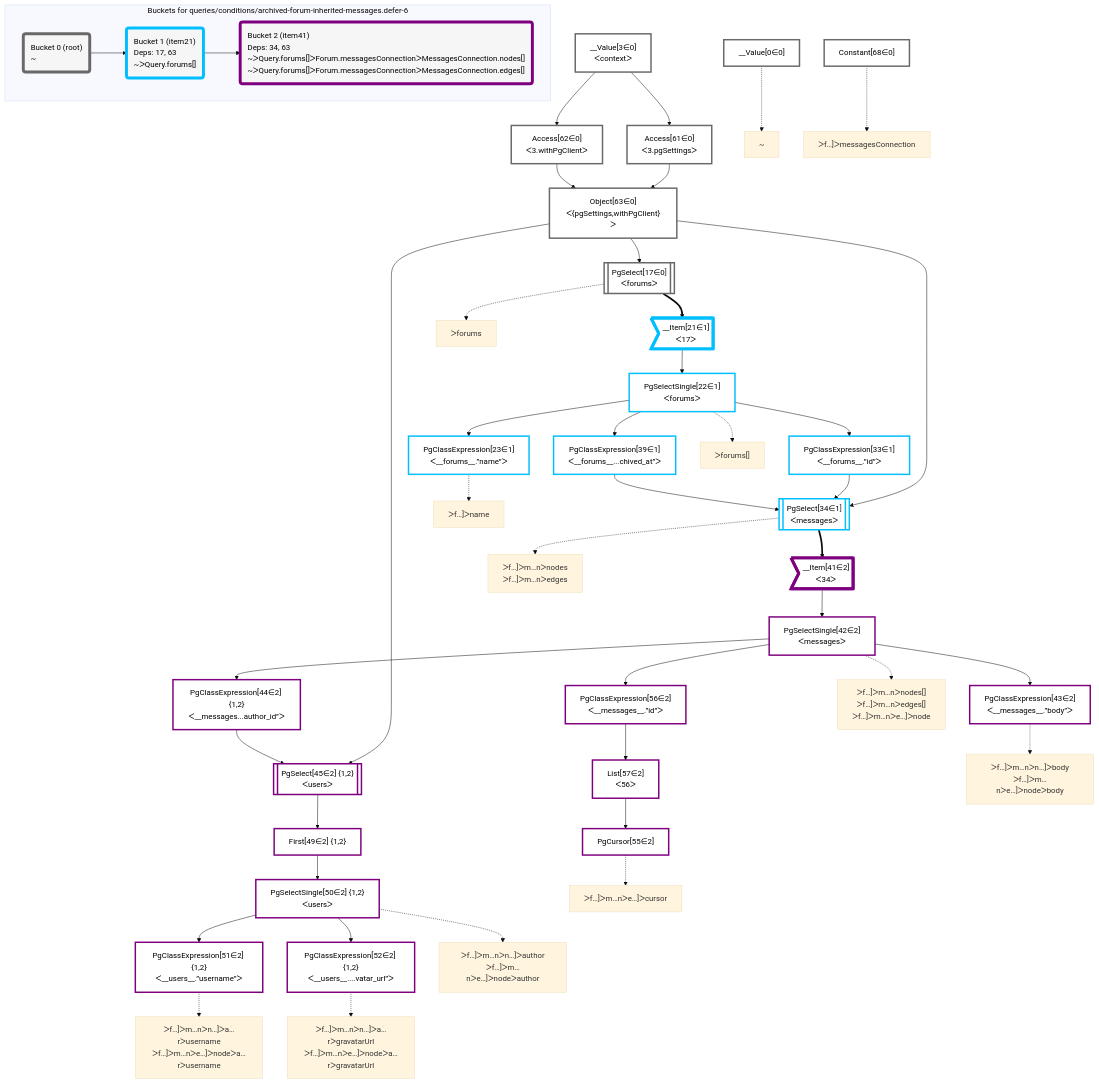
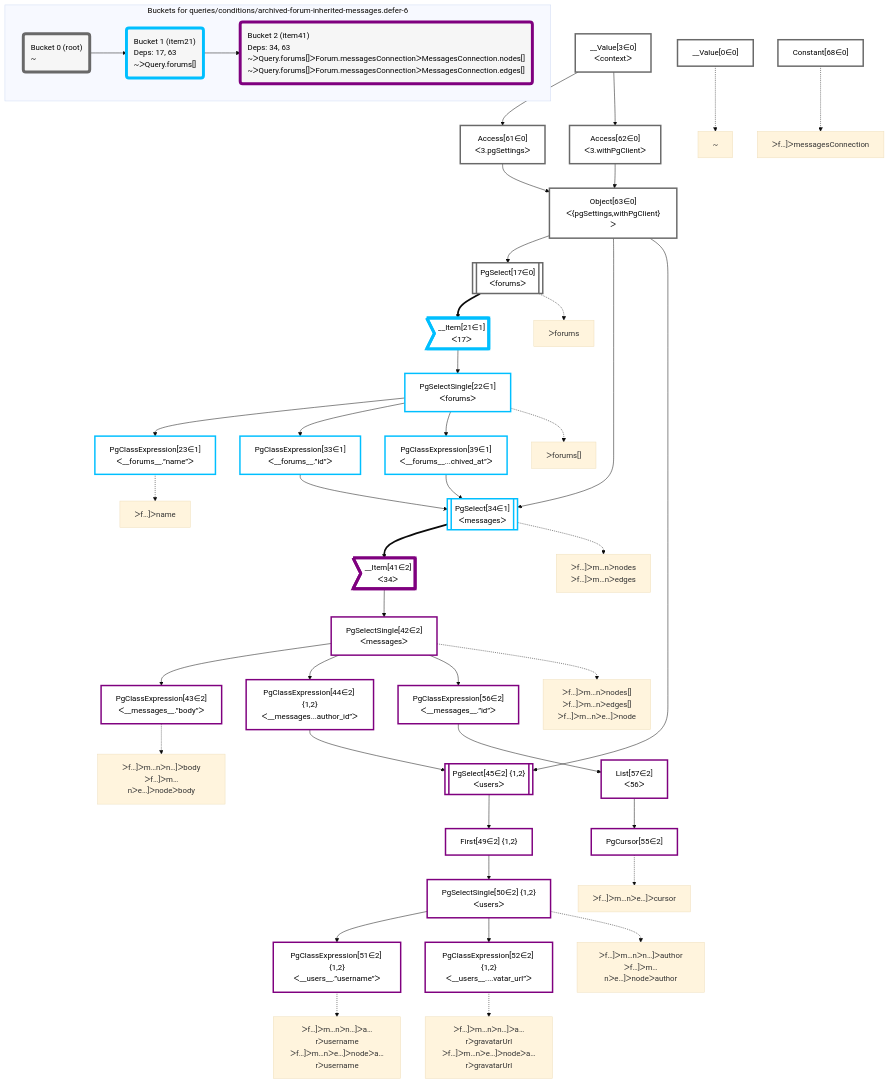
Before and after one commit to graphile/crystal: the diagram in packages/dataplan-pg/__tests__/queries/conditions/archived-forum-inherited-messages.defer-6.deopt.mermaid.md, drawn with Mermaid (base theme). The commit also changed other lines of this file and 195 other files, not shown here.

Commit message:
Reorder graphs

```diff
--- a/packages/dataplan-pg/__tests__/queries/conditions/archived-forum-inherited-messages.defer-6.deopt.mermaid.md
+++ b/packages/dataplan-pg/__tests__/queries/conditions/archived-forum-inherited-messages.defer-6.deopt.mermaid.md
@@ -9,54 +9,54 @@
 
     %% define plans
     __Value0["__Value[0∈0]"]:::plan
+    __Value3["__Value[3∈0]<br />ᐸcontextᐳ"]:::plan
+    Access61["Access[61∈0]<br />ᐸ3.pgSettingsᐳ"]:::plan
+    Access62["Access[62∈0]<br />ᐸ3.withPgClientᐳ"]:::plan
+    Object63["Object[63∈0]<br />ᐸ{pgSettings,withPgClient}ᐳ"]:::plan
+    PgSelect17[["PgSelect[17∈0]<br />ᐸforumsᐳ"]]:::plan
+    __Item21>"__Item[21∈1]<br />ᐸ17ᐳ"]:::itemplan
+    PgSelectSingle22["PgSelectSingle[22∈1]<br />ᐸforumsᐳ"]:::plan
     PgClassExpression23["PgClassExpression[23∈1]<br />ᐸ__forums__.”name”ᐳ"]:::plan
+    PgClassExpression33["PgClassExpression[33∈1]<br />ᐸ__forums__.”id”ᐳ"]:::plan
+    PgClassExpression39["PgClassExpression[39∈1]<br />ᐸ__forums__...chived_at”ᐳ"]:::plan
+    PgSelect34[["PgSelect[34∈1]<br />ᐸmessagesᐳ"]]:::plan
+    Constant68["Constant[68∈0]"]:::plan
+    __Item41>"__Item[41∈2]<br />ᐸ34ᐳ"]:::itemplan
+    PgSelectSingle42["PgSelectSingle[42∈2]<br />ᐸmessagesᐳ"]:::plan
     PgClassExpression43["PgClassExpression[43∈2]<br />ᐸ__messages__.”body”ᐳ"]:::plan
+    PgClassExpression44["PgClassExpression[44∈2] {1,2}<br />ᐸ__messages...author_id”ᐳ"]:::plan
+    PgSelect45[["PgSelect[45∈2] {1,2}<br />ᐸusersᐳ"]]:::plan
+    First49["First[49∈2] {1,2}"]:::plan
+    PgSelectSingle50["PgSelectSingle[50∈2] {1,2}<br />ᐸusersᐳ"]:::plan
     PgClassExpression51["PgClassExpression[51∈2] {1,2}<br />ᐸ__users__.”username”ᐳ"]:::plan
     PgClassExpression52["PgClassExpression[52∈2] {1,2}<br />ᐸ__users__....vatar_url”ᐳ"]:::plan
-    PgSelectSingle50["PgSelectSingle[50∈2] {1,2}<br />ᐸusersᐳ"]:::plan
-    First49["First[49∈2] {1,2}"]:::plan
-    PgSelect45[["PgSelect[45∈2] {1,2}<br />ᐸusersᐳ"]]:::plan
-    PgClassExpression44["PgClassExpression[44∈2] {1,2}<br />ᐸ__messages...author_id”ᐳ"]:::plan
+    PgClassExpression56["PgClassExpression[56∈2]<br />ᐸ__messages__.”id”ᐳ"]:::plan
+    List57["List[57∈2]<br />ᐸ56ᐳ"]:::plan
     PgCursor55["PgCursor[55∈2]"]:::plan
-    List57["List[57∈2]<br />ᐸ56ᐳ"]:::plan
-    PgClassExpression56["PgClassExpression[56∈2]<br />ᐸ__messages__.”id”ᐳ"]:::plan
-    PgSelectSingle42["PgSelectSingle[42∈2]<br />ᐸmessagesᐳ"]:::plan
-    __Item41>"__Item[41∈2]<br />ᐸ34ᐳ"]:::itemplan
-    PgSelect34[["PgSelect[34∈1]<br />ᐸmessagesᐳ"]]:::plan
-    PgClassExpression33["PgClassExpression[33∈1]<br />ᐸ__forums__.”id”ᐳ"]:::plan
-    PgClassExpression39["PgClassExpression[39∈1]<br />ᐸ__forums__...chived_at”ᐳ"]:::plan
-    PgSelectSingle22["PgSelectSingle[22∈1]<br />ᐸforumsᐳ"]:::plan
-    __Item21>"__Item[21∈1]<br />ᐸ17ᐳ"]:::itemplan
-    PgSelect17[["PgSelect[17∈0]<br />ᐸforumsᐳ"]]:::plan
-    Object63["Object[63∈0]<br />ᐸ{pgSettings,withPgClient}ᐳ"]:::plan
-    Access61["Access[61∈0]<br />ᐸ3.pgSettingsᐳ"]:::plan
-    Access62["Access[62∈0]<br />ᐸ3.withPgClientᐳ"]:::plan
-    __Value3["__Value[3∈0]<br />ᐸcontextᐳ"]:::plan
-    Constant68["Constant[68∈0]"]:::plan
 
     %% plan dependencies
+    __Value3 --> Access61
+    __Value3 --> Access62
+    Access61 & Access62 --> Object63
+    Object63 --> PgSelect17
+    PgSelect17 ==> __Item21
+    __Item21 --> PgSelectSingle22
     PgSelectSingle22 --> PgClassExpression23
+    PgSelectSingle22 --> PgClassExpression33
+    PgSelectSingle22 --> PgClassExpression39
+    Object63 & PgClassExpression33 & PgClassExpression39 --> PgSelect34
+    PgSelect34 ==> __Item41
+    __Item41 --> PgSelectSingle42
     PgSelectSingle42 --> PgClassExpression43
+    PgSelectSingle42 --> PgClassExpression44
+    Object63 & PgClassExpression44 --> PgSelect45
+    PgSelect45 --> First49
+    First49 --> PgSelectSingle50
     PgSelectSingle50 --> PgClassExpression51
     PgSelectSingle50 --> PgClassExpression52
-    First49 --> PgSelectSingle50
-    PgSelect45 --> First49
-    Object63 & PgClassExpression44 --> PgSelect45
-    PgSelectSingle42 --> PgClassExpression44
+    PgSelectSingle42 --> PgClassExpression56
+    PgClassExpression56 --> List57
     List57 --> PgCursor55
-    PgClassExpression56 --> List57
-    PgSelectSingle42 --> PgClassExpression56
-    __Item41 --> PgSelectSingle42
-    PgSelect34 ==> __Item41
-    Object63 & PgClassExpression33 & PgClassExpression39 --> PgSelect34
-    PgSelectSingle22 --> PgClassExpression33
-    PgSelectSingle22 --> PgClassExpression39
-    __Item21 --> PgSelectSingle22
-    PgSelect17 ==> __Item21
-    Object63 --> PgSelect17
-    Access61 & Access62 --> Object63
-    __Value3 --> Access61
-    __Value3 --> Access62
 
     %% plan-to-path relationships
     P0["~"]
```
